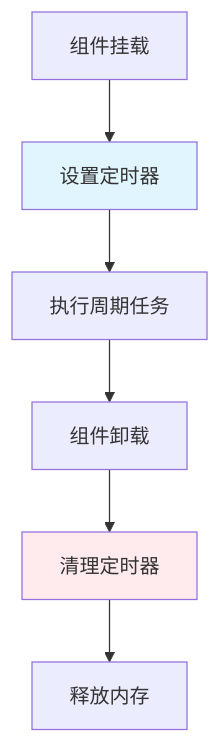
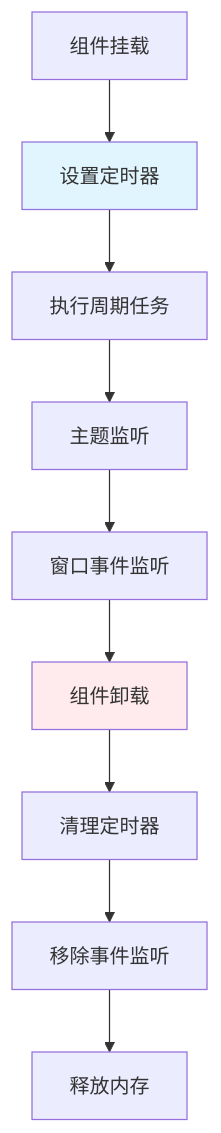
Before and after one commit to itsharex/NexTunnel: diagram 16 of 24 in .qoder/repowiki/zh/content/架构设计/桌面端架构设计/前端架构设计/Vue组件系统架构.md, drawn with Mermaid. The commit also changed other lines of this file and 41 other files, not shown here.

````diff
--- a/.qoder/repowiki/zh/content/架构设计/桌面端架构设计/前端架构设计/Vue组件系统架构.md
+++ b/.qoder/repowiki/zh/content/架构设计/桌面端架构设计/前端架构设计/Vue组件系统架构.md
@@ -395,10 +463,13 @@
 ```mermaid
 flowchart TD
 A[组件挂载] --> B[设置定时器]
 B --> C[执行周期任务]
-C --> D[组件卸载]
-D --> E[清理定时器]
-E --> F[释放内存]
+C --> D[主题监听]
+D --> E[窗口事件监听]
+E --> F[组件卸载]
+F --> G[清理定时器]
+G --> H[移除事件监听]
+H --> I[释放内存]
 style B fill:#e1f5fe
-style E fill:#ffebee
+style F fill:#ffebee
 ```
````
